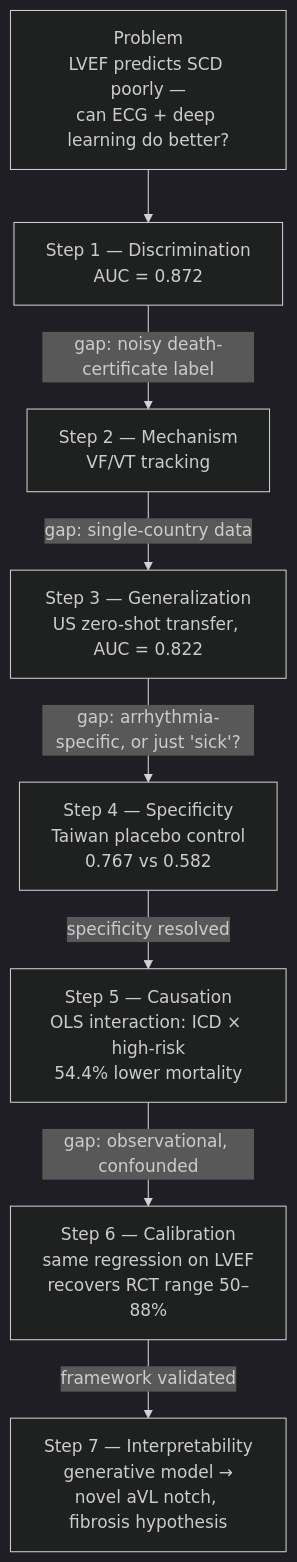
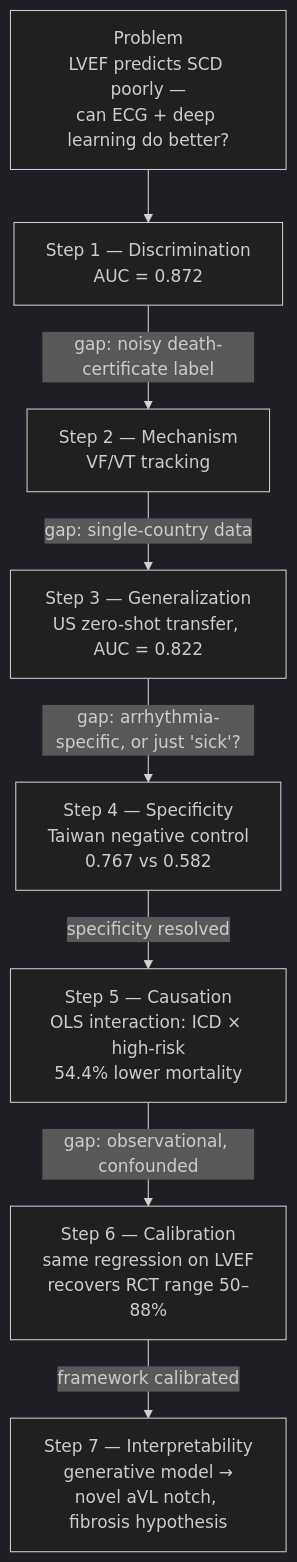
Before and after one commit to yuhanchi/yuhanchi.github.io: the diagram in _posts/2026-07-15-visit-prof-obermeyer.md, drawn with Mermaid (dark theme). The commit also changed other lines of this file, not shown here.

````diff
--- a/_posts/2026-07-15-visit-prof-obermeyer.md
+++ b/_posts/2026-07-15-visit-prof-obermeyer.md
@@ -112,19 +114,19 @@
 ```mermaid
 flowchart TD
     P["Problem<br/>LVEF predicts SCD poorly —<br/>can ECG + deep learning do better?"]
     S1["Step 1 — Discrimination<br/>AUC = 0.872"]
     S2["Step 2 — Mechanism<br/>VF/VT tracking"]
     S3["Step 3 — Generalization<br/>US zero-shot transfer, AUC = 0.822"]
-    S4["Step 4 — Specificity<br/>Taiwan placebo control<br/>0.767 vs 0.582"]
+    S4["Step 4 — Specificity<br/>Taiwan negative control<br/>0.767 vs 0.582"]
     S5["Step 5 — Causation<br/>OLS interaction: ICD × high-risk<br/>54.4% lower mortality"]
     S6["Step 6 — Calibration<br/>same regression on LVEF<br/>recovers RCT range 50–88%"]
     S7["Step 7 — Interpretability<br/>generative model →<br/>novel aVL notch, fibrosis hypothesis"]
 
     P --> S1
     S1 -->|"gap: noisy death-certificate label"| S2
     S2 -->|"gap: single-country data"| S3
     S3 -->|"gap: arrhythmia-specific, or just 'sick'?"| S4
     S4 -->|"specificity resolved"| S5
     S5 -->|"gap: observational, confounded"| S6
-    S6 -->|"framework validated"| S7
+    S6 -->|"framework calibrated"| S7
 ```
````
